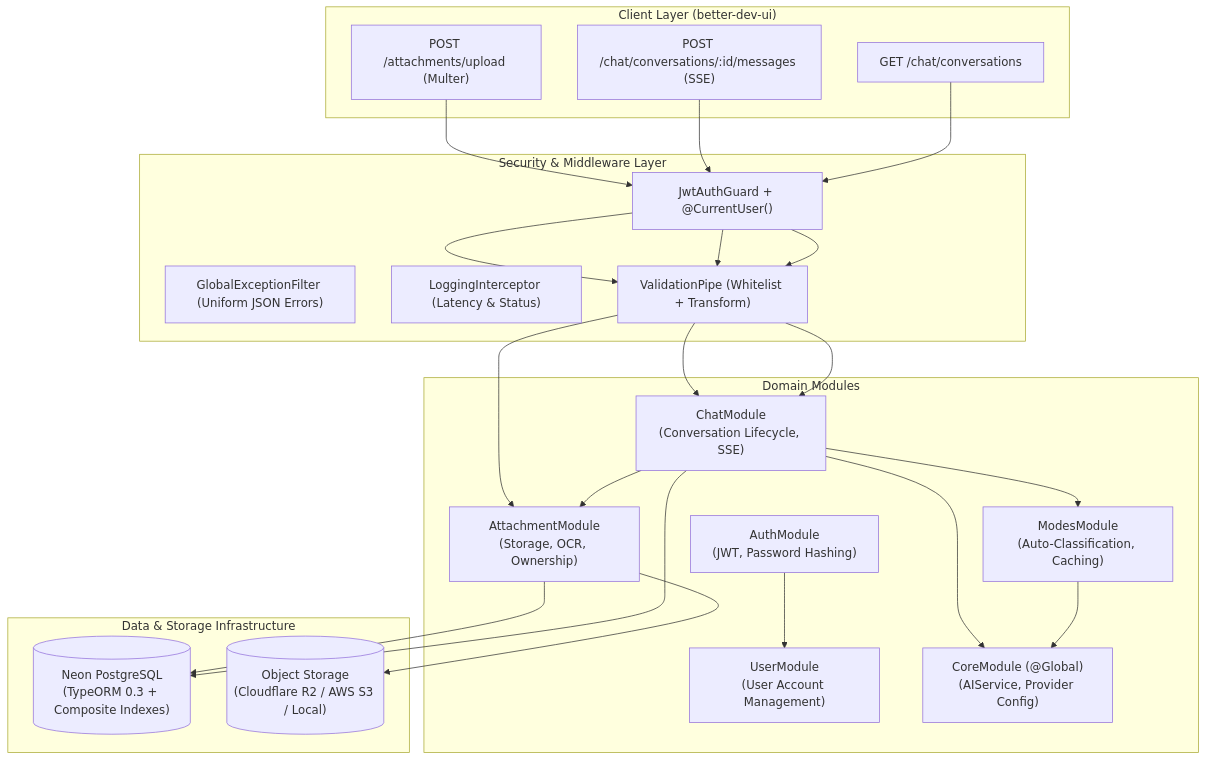
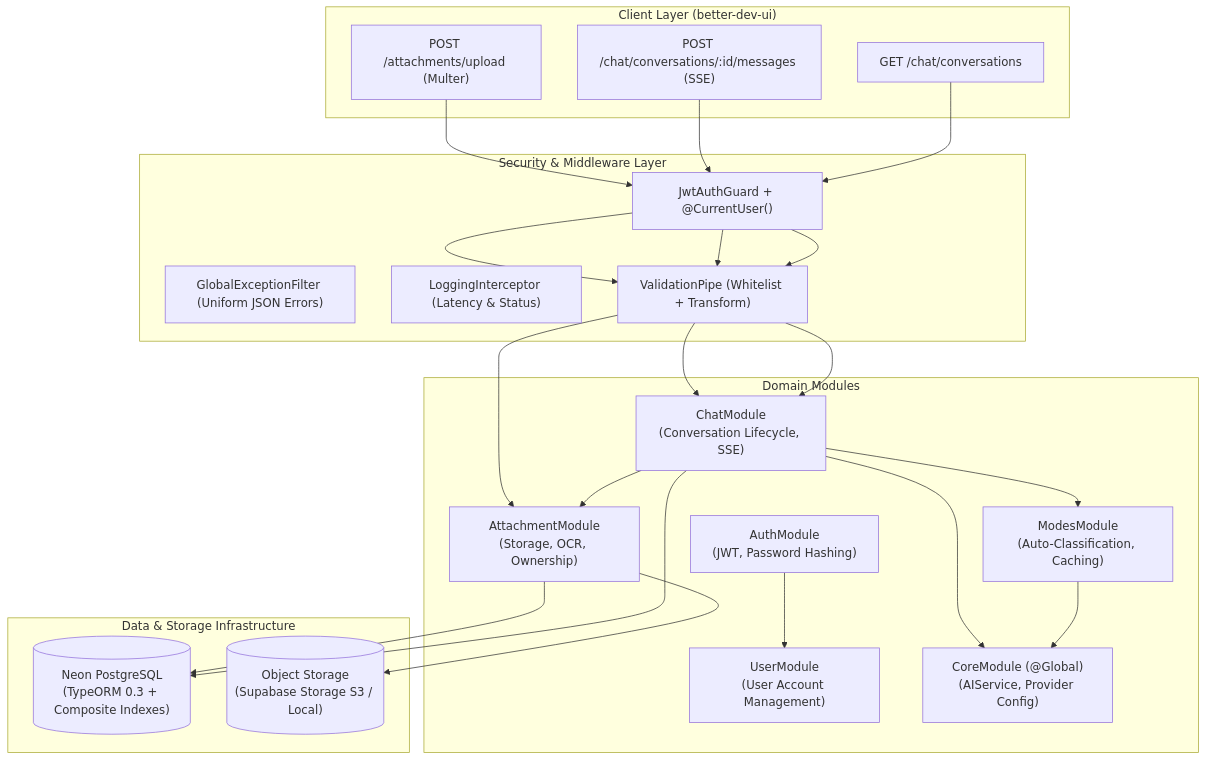
Before and after one commit to Kashif-Rezwi/better-dev-api: the diagram in README.md, drawn with Mermaid. The commit also changed other lines of this file and 3 other files, not shown here.

````diff
--- a/README.md
+++ b/README.md
@@ -48,43 +48,43 @@
 ```mermaid
 graph TD
     subgraph Client_Layer["Client Layer (better-dev-ui)"]
         UI_Upload["POST /attachments/upload (Multer)"]
         UI_Chat["POST /chat/conversations/:id/messages (SSE)"]
         UI_List["GET /chat/conversations"]
     end
 
     subgraph Security_Middleware["Security & Middleware Layer"]
         Guard["JwtAuthGuard + @CurrentUser()"]
         Filter["GlobalExceptionFilter (Uniform JSON Errors)"]
         Logging["LoggingInterceptor (Latency & Status)"]
         Validation["ValidationPipe (Whitelist + Transform)"]
     end
 
     subgraph Domain_Modules["Domain Modules"]
         AuthM["AuthModule<br/>(JWT, Password Hashing)"]
         UserM["UserModule<br/>(User Account Management)"]
         AttachM["AttachmentModule<br/>(Storage, OCR, Ownership)"]
         ChatM["ChatModule<br/>(Conversation Lifecycle, SSE)"]
         ModesM["ModesModule<br/>(Auto-Classification, Caching)"]
         CoreM["CoreModule (@Global)<br/>(AIService, Provider Config)"]
     end
 
     subgraph Data_Storage["Data & Storage Infrastructure"]
         Postgres[("Neon PostgreSQL<br/>(TypeORM 0.3 + Composite Indexes)")]
-        Storage[("Object Storage<br/>(Cloudflare R2 / AWS S3 / Local)")]
+        Storage[("Object Storage<br/>(Supabase Storage S3 / Local)")]
     end
 
     UI_Upload --> Guard --> Validation --> AttachM
     UI_Chat --> Guard --> Validation --> ChatM
     UI_List --> Guard --> Validation --> ChatM
 
     AuthM --> UserM
     AttachM --> Postgres
     AttachM --> Storage
 
     ChatM --> ModesM
     ChatM --> AttachM
     ChatM --> CoreM
     ChatM --> Postgres
     ModesM --> CoreM
 ```
````
